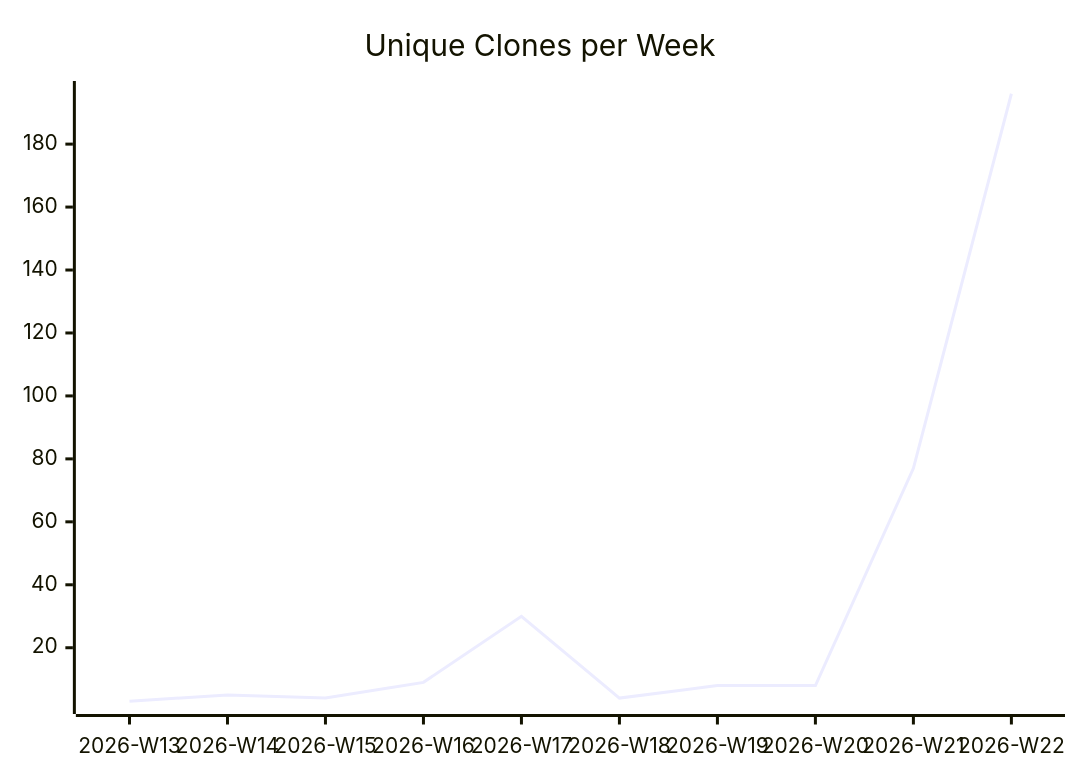
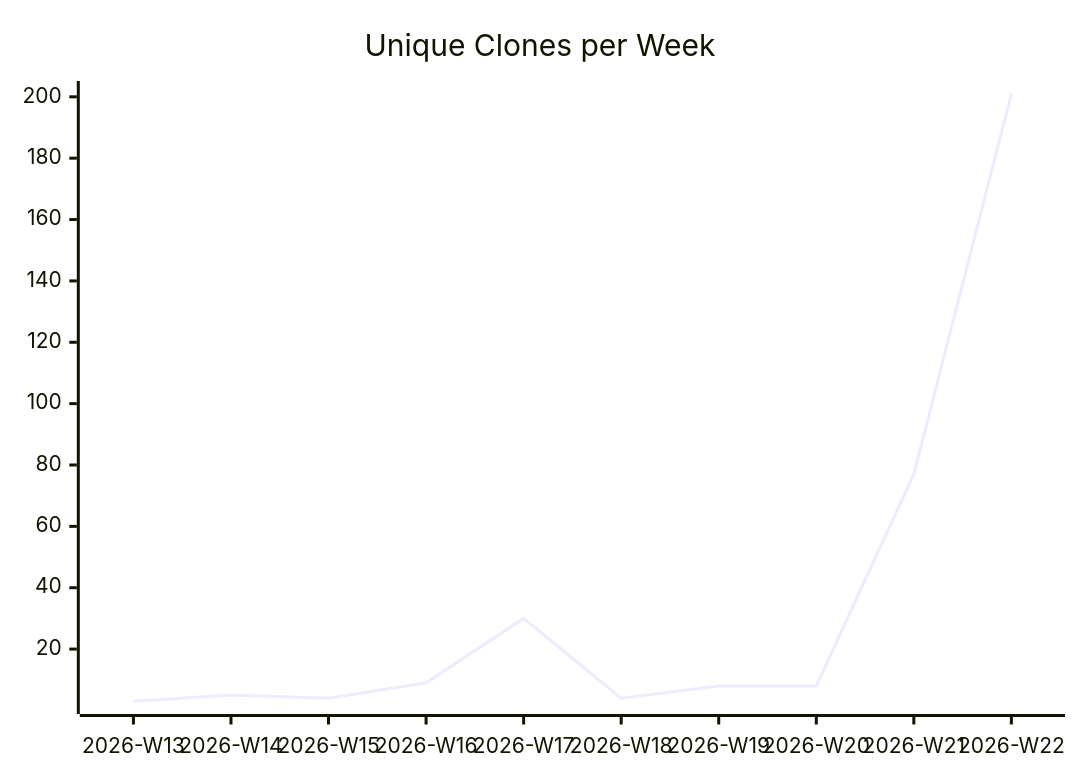
The third of 3 diagrams in karlmdavis/dotfiles/README.md (justdavis-family/github-analytics-data), drawn with Mermaid before and after one commit. The commit also changed other lines of this file and 189 other files, not shown here.

````diff
--- a/karlmdavis/dotfiles/README.md
+++ b/karlmdavis/dotfiles/README.md
@@ -19,6 +19,6 @@
 ```mermaid
 xychart-beta
   title "Unique Clones per Week"
   x-axis ["2026-W13", "2026-W14", "2026-W15", "2026-W16", "2026-W17", "2026-W18", "2026-W19", "2026-W20", "2026-W21", "2026-W22"]
-  line [3, 5, 4, 9, 30, 4, 8, 8, 77, 196]
+  line [3, 5, 4, 9, 30, 4, 8, 8, 77, 201]
 ```
````
